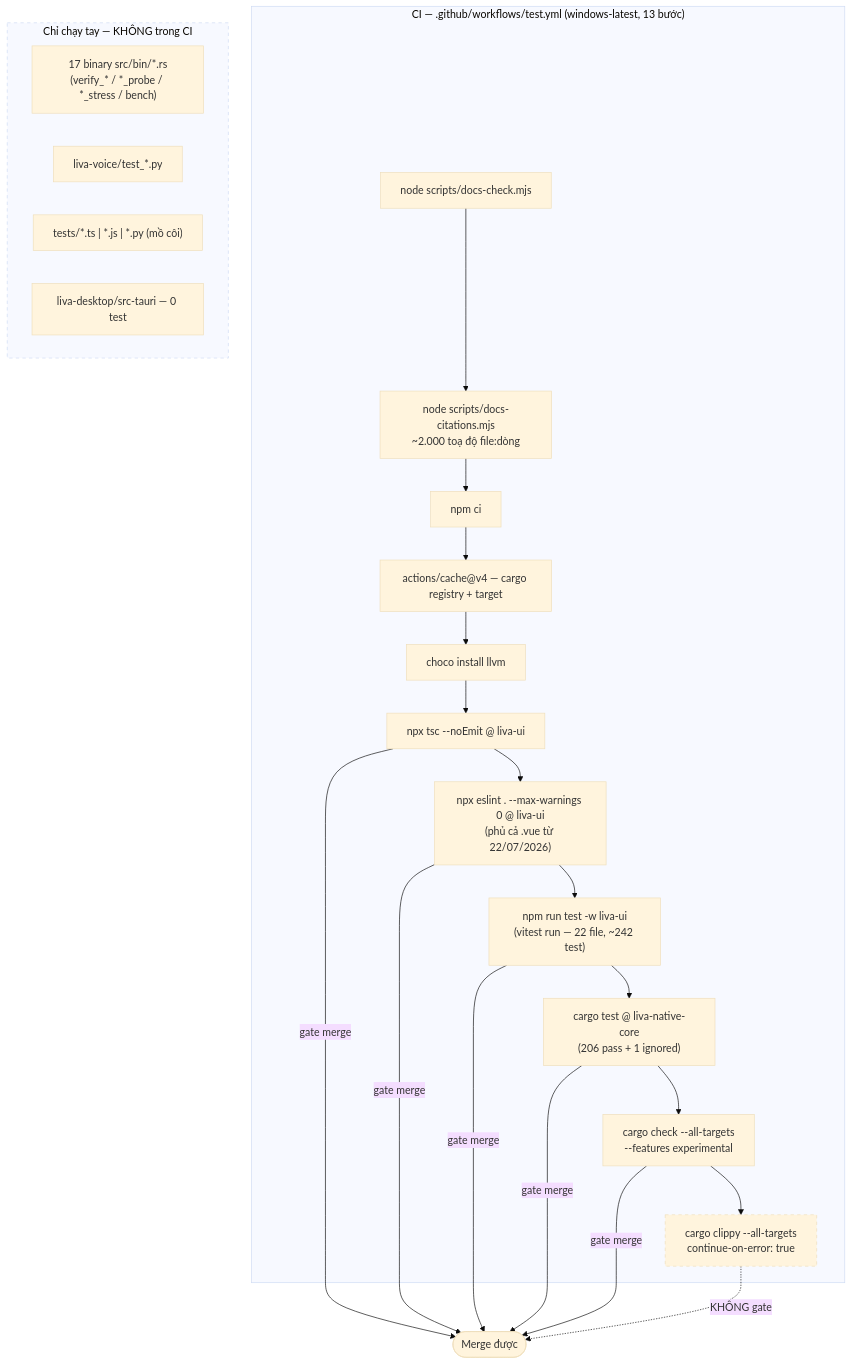
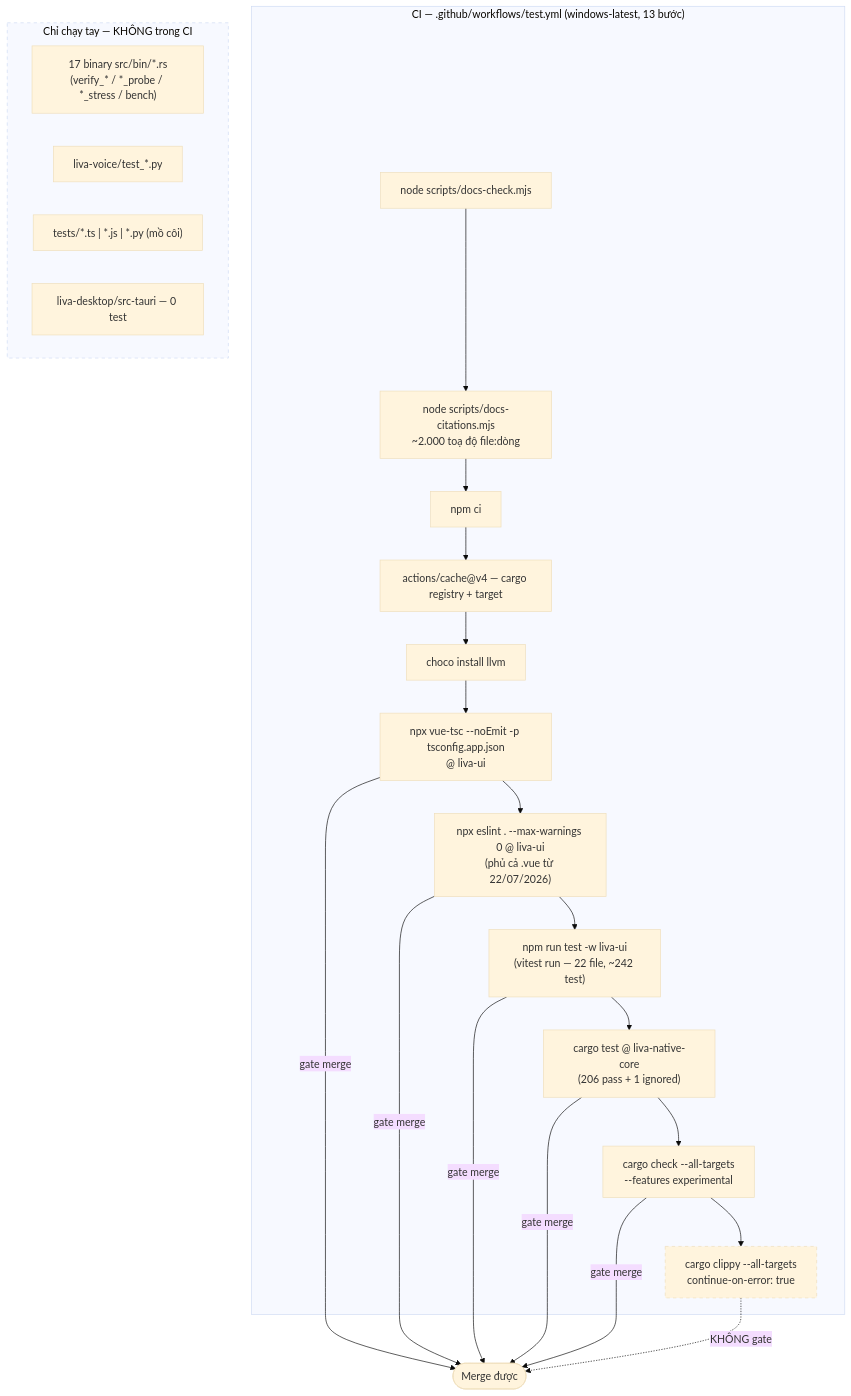
Before and after one commit to DuongNAD/LIVA: the first of 4 diagrams in docs/02-van-hanh/04-kiem-thu-va-ci.md, drawn with Mermaid (base theme). The commit also changed other lines of this file and 4 other files, not shown here.

````diff
--- a/docs/02-van-hanh/04-kiem-thu-va-ci.md
+++ b/docs/02-van-hanh/04-kiem-thu-va-ci.md
@@ -77,32 +77,32 @@
 ```mermaid
 flowchart TD
     subgraph CI["CI — .github/workflows/test.yml (windows-latest, 13 bước)"]
         A0["node scripts/docs-check.mjs"] --> A00["node scripts/docs-citations.mjs<br/>~2.000 toạ độ file:dòng"]
         A00 --> A["npm ci"]
         A --> A1["actions/cache@v4 — cargo registry + target"]
         A1 --> B["choco install llvm"]
-        B --> B1["npx tsc --noEmit @ liva-ui"]
+        B --> B1["npx vue-tsc --noEmit -p tsconfig.app.json<br/>@ liva-ui"]
         B1 --> B2["npx eslint . --max-warnings 0 @ liva-ui<br/>(phủ cả .vue từ 22/07/2026)"]
         B2 --> C["npm run test -w liva-ui<br/>(vitest run — 22 file, ~242 test)"]
         C --> D["cargo test @ liva-native-core<br/>(206 pass + 1 ignored)"]
         D --> D1["cargo check --all-targets<br/>--features experimental"]
         D1 --> E["cargo clippy --all-targets<br/>continue-on-error: true"]
     end
 
     subgraph MANUAL["Chỉ chạy tay — KHÔNG trong CI"]
         F["17 binary src/bin/*.rs<br/>(verify_* / *_probe / *_stress / bench)"]
         G["liva-voice/test_*.py"]
         H["tests/*.ts | *.js | *.py (mồ côi)"]
         I["liva-desktop/src-tauri — 0 test"]
     end
 
     B1 -->|"gate merge"| PASS([Merge được])
     B2 -->|"gate merge"| PASS
     C -->|"gate merge"| PASS
     D -->|"gate merge"| PASS
     D1 -->|"gate merge"| PASS
     E -.->|"KHÔNG gate"| PASS
 
     style E stroke-dasharray: 5 5
     style MANUAL stroke-dasharray: 5 5
 ```
````
